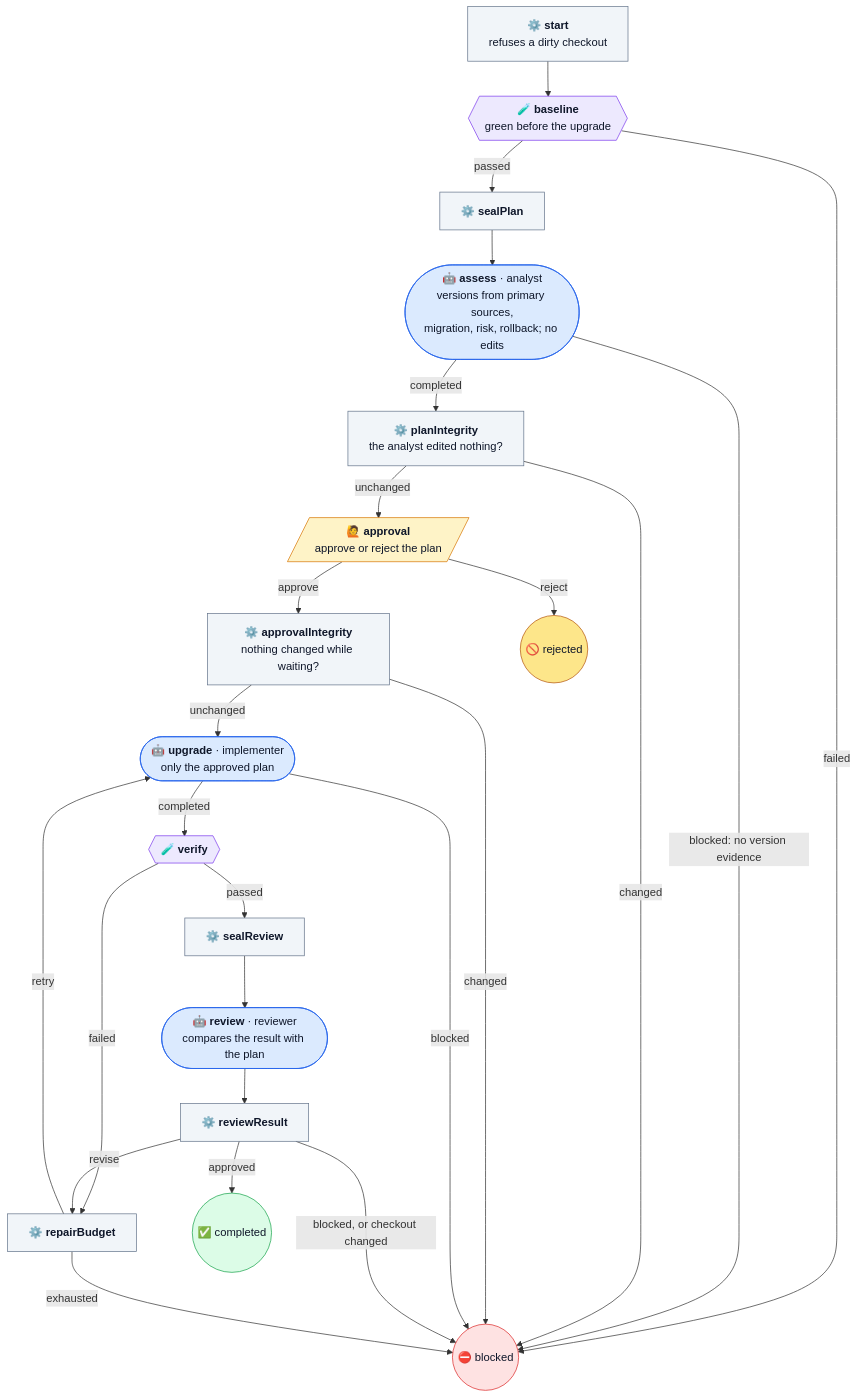
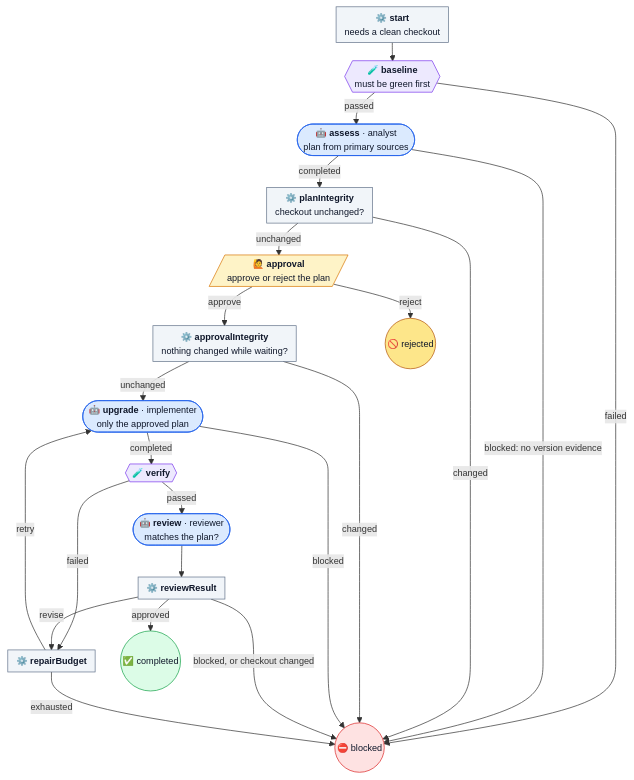
One commit to dna113p/machine-shop changed the diagram in docs/workflows/upgrade-dependency.md. Above: the diagram before and after it, drawn with Mermaid. The commit also changed 13 other files, not shown here.

First line of the commit message:
The workflow diagrams are about half their size

````diff
--- a/docs/workflows/upgrade-dependency.md
+++ b/docs/workflows/upgrade-dependency.md
@@ -41,55 +41,54 @@
 ```mermaid
+%%{init: {"themeVariables": {"fontSize": "13px"}, "flowchart": {"nodeSpacing": 16, "rankSpacing": 26, "padding": 6, "diagramPadding": 4}}}%%
 flowchart TD
-  start["⚙️ <b>start</b><br/>refuses a dirty checkout"]
-  baseline{{"🧪 <b>baseline</b><br/>green before the upgrade"}}
-  sealPlan["⚙️ <b>sealPlan</b>"]
-  assess(["🤖 <b>assess</b> · analyst<br/>versions from primary sources,<br/>migration, risk, rollback; no edits"])
-  planIntegrity["⚙️ <b>planIntegrity</b><br/>the analyst edited nothing?"]
+  start["⚙️ <b>start</b><br/>needs a clean checkout"]
+  baseline{{"🧪 <b>baseline</b><br/>must be green first"}}
+  assess(["🤖 <b>assess</b> · analyst<br/>plan from primary sources"])
+  planIntegrity["⚙️ <b>planIntegrity</b><br/>checkout unchanged?"]
   approval[/"🙋 <b>approval</b><br/>approve or reject the plan"/]
   approvalIntegrity["⚙️ <b>approvalIntegrity</b><br/>nothing changed while waiting?"]
   upgrade(["🤖 <b>upgrade</b> · implementer<br/>only the approved plan"])
   verify{{"🧪 <b>verify</b>"}}
-  seal["⚙️ <b>sealReview</b>"]
-  review(["🤖 <b>review</b> · reviewer<br/>compares the result with the plan"])
+  review(["🤖 <b>review</b> · reviewer<br/>matches the plan?"])
   result["⚙️ <b>reviewResult</b>"]
   budget["⚙️ <b>repairBudget</b>"]
   done(("✅ completed"))
   blocked(("⛔ blocked"))
   rejected(("🚫 rejected"))
 
   start --> baseline
-  baseline -->|passed| sealPlan --> assess
+  baseline -->|passed| assess
   baseline -->|failed| blocked
   assess -->|completed| planIntegrity
   assess -->|"blocked: no version evidence"| blocked
   planIntegrity -->|unchanged| approval
   planIntegrity -->|changed| blocked
   approval -->|approve| approvalIntegrity
   approval -->|reject| rejected
   approvalIntegrity -->|unchanged| upgrade
   approvalIntegrity -->|changed| blocked
   upgrade -->|completed| verify
   upgrade -->|blocked| blocked
-  verify -->|passed| seal --> review --> result
+  verify -->|passed| review --> result
   verify -->|failed| budget
   result -->|approved| done
   result -->|revise| budget
   result -->|"blocked, or checkout changed"| blocked
   budget -->|retry| upgrade
   budget -->|exhausted| blocked
 
   classDef agent fill:#dbeafe,stroke:#2563eb,color:#0f172a
   classDef op fill:#f1f5f9,stroke:#64748b,color:#0f172a
   classDef gate fill:#ede9fe,stroke:#7c3aed,color:#0f172a
   classDef human fill:#fef3c7,stroke:#d97706,color:#0f172a
   classDef good fill:#dcfce7,stroke:#16a34a,color:#0f172a
   classDef bad fill:#fee2e2,stroke:#dc2626,color:#0f172a
   classDef no fill:#fde68a,stroke:#b45309,color:#0f172a
   class assess,upgrade,review agent
-  class start,sealPlan,planIntegrity,approvalIntegrity,seal,result,budget op
+  class start,planIntegrity,approvalIntegrity,result,budget op
   class baseline,verify gate
   class approval human
   class done good
   class blocked bad
   class rejected no
 ```
````
